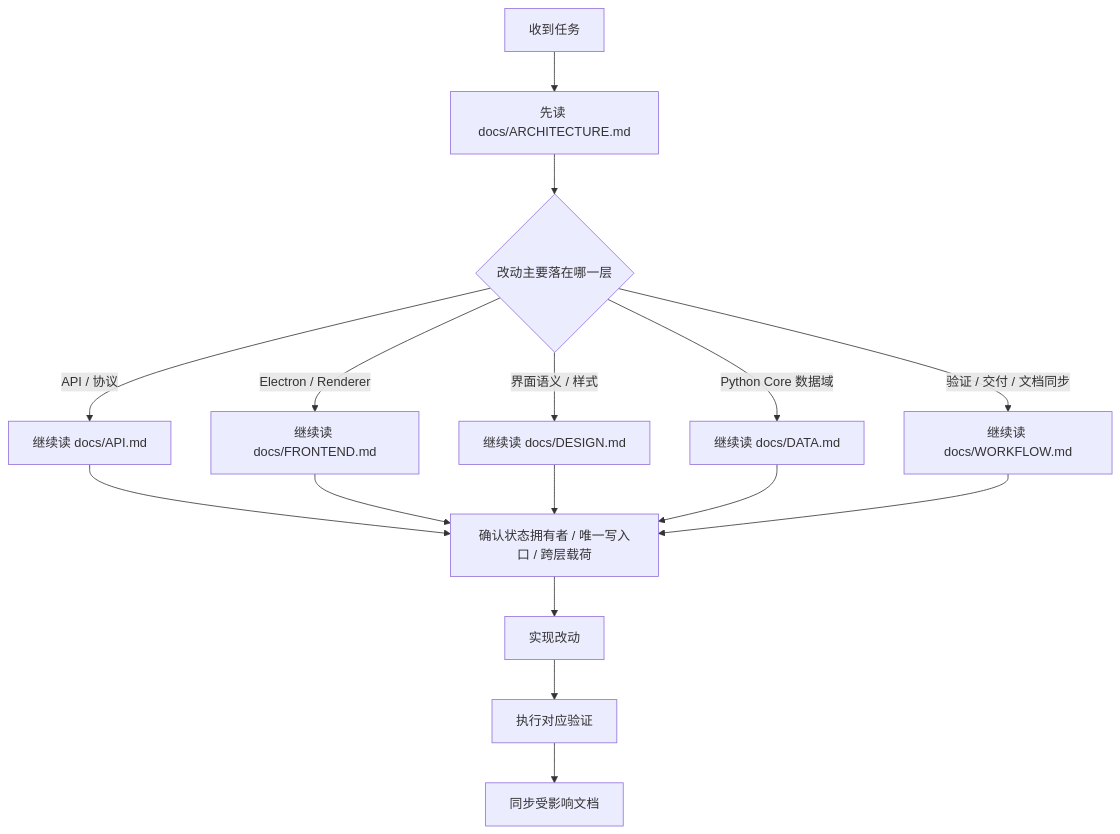
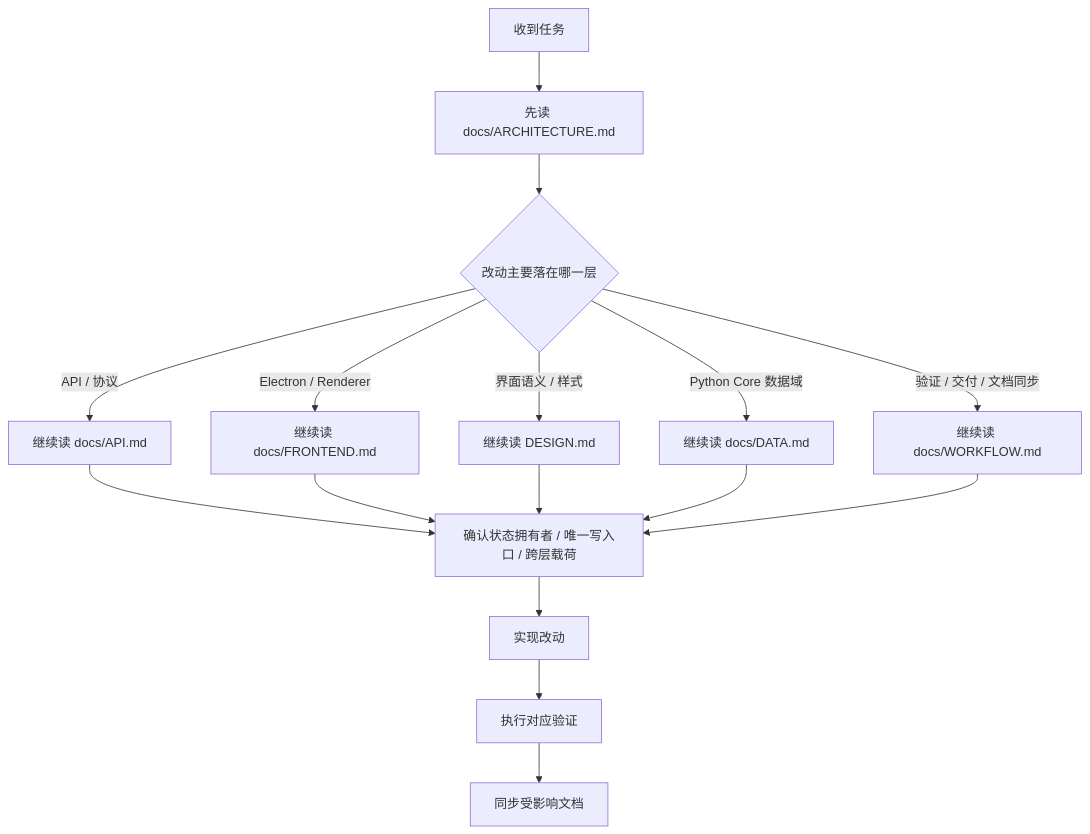
Before and after one commit to neavo/LinguaGacha: the diagram in AGENTS.md, drawn with Mermaid. The commit also changed other lines of this file and 53 other files, not shown here.

````diff
--- a/AGENTS.md
+++ b/AGENTS.md
@@ -7,18 +7,18 @@
 ```mermaid
 flowchart TD
     A["收到任务"] --> B["先读 docs/ARCHITECTURE.md"]
     B --> C{"改动主要落在哪一层"}
     C -->|API / 协议| D["继续读 docs/API.md"]
     C -->|Electron / Renderer| E["继续读 docs/FRONTEND.md"]
-    C -->|界面语义 / 样式| F["继续读 docs/DESIGN.md"]
+    C -->|界面语义 / 样式| F["继续读 DESIGN.md"]
     C -->|Python Core 数据域| G["继续读 docs/DATA.md"]
     C -->|验证 / 交付 / 文档同步| H["继续读 docs/WORKFLOW.md"]
     D --> I["确认状态拥有者 / 唯一写入口 / 跨层载荷"]
     E --> I
     F --> I
     G --> I
     H --> I
     I --> J["实现改动"]
     J --> K["执行对应验证"]
     K --> L["同步受影响文档"]
 ```
````
